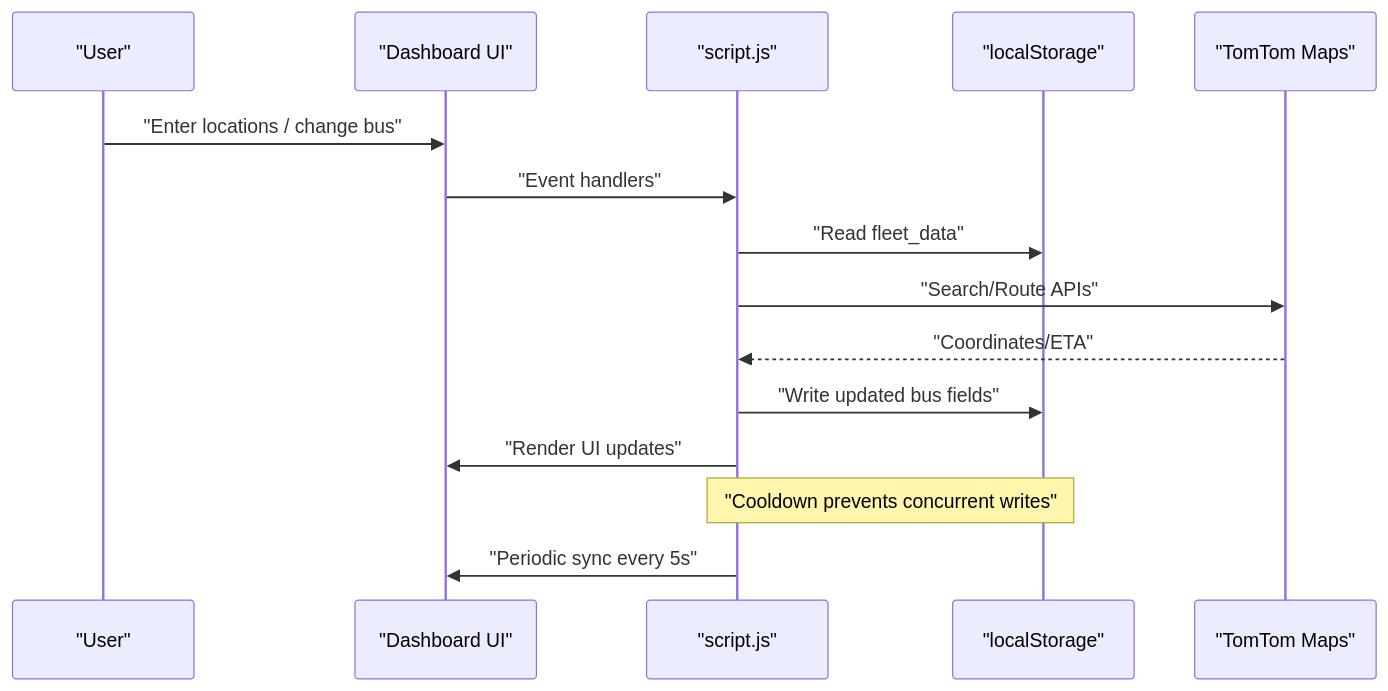
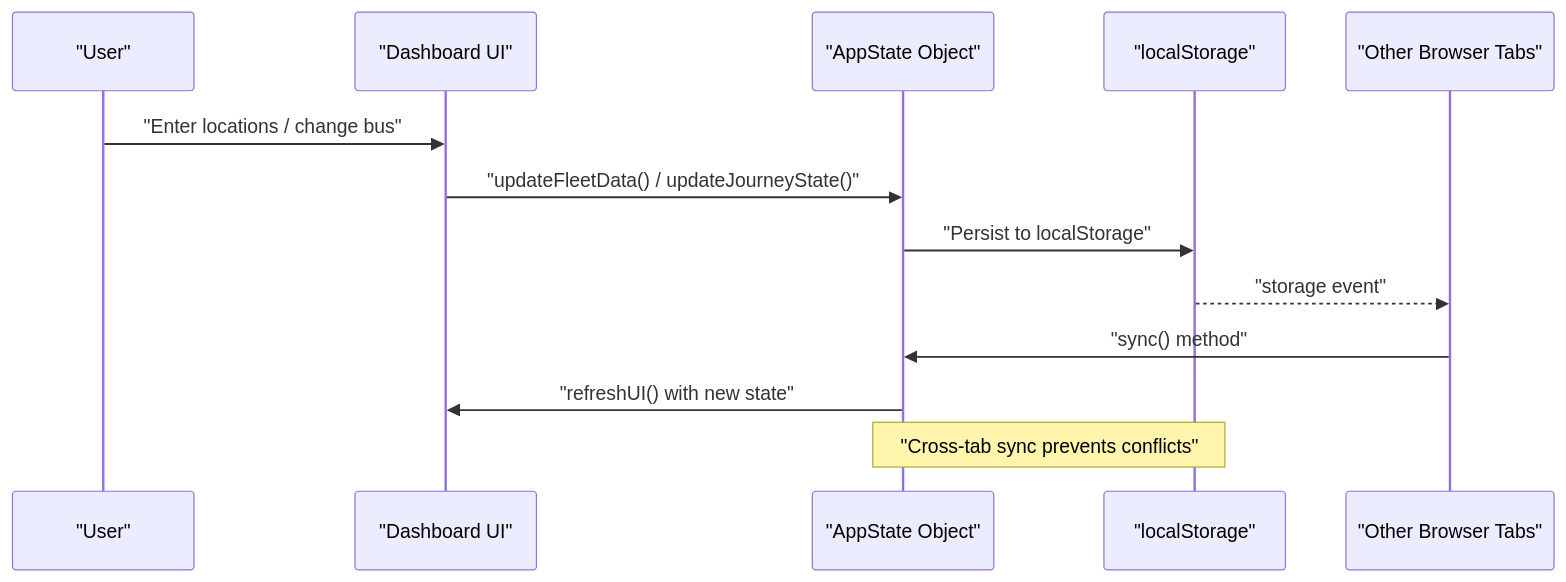
The second of 5 diagrams in .qoder/repowiki/en/content/Data Management and Persistence.md (Rehanpatel3858/BusTrack-Pro), drawn with Mermaid before and after one commit. The commit also changed other lines of this file and 7 other files, not shown here.

````diff
--- a/.qoder/repowiki/en/content/Data Management and Persistence.md
+++ b/.qoder/repowiki/en/content/Data Management and Persistence.md
@@ -68,17 +85,15 @@
 ```mermaid
 sequenceDiagram
 participant User as "User"
 participant UI as "Dashboard UI"
-participant JS as "script.js"
+participant AppState as "AppState Object"
 participant LS as "localStorage"
-participant Map as "TomTom Maps"
+participant OtherTabs as "Other Browser Tabs"
 User->>UI : "Enter locations / change bus"
-UI->>JS : "Event handlers"
-JS->>LS : "Read fleet_data"
-JS->>Map : "Search/Route APIs"
-Map-->>JS : "Coordinates/ETA"
-JS->>LS : "Write updated bus fields"
-JS->>UI : "Render UI updates"
-Note over JS,LS : "Cooldown prevents concurrent writes"
-JS->>UI : "Periodic sync every 5s"
+UI->>AppState : "updateFleetData() / updateJourneyState()"
+AppState->>LS : "Persist to localStorage"
+LS-->>OtherTabs : "storage event"
+OtherTabs->>AppState : "sync() method"
+AppState->>UI : "refreshUI() with new state"
+Note over AppState,LS : "Cross-tab sync prevents conflicts"
 ```
````
